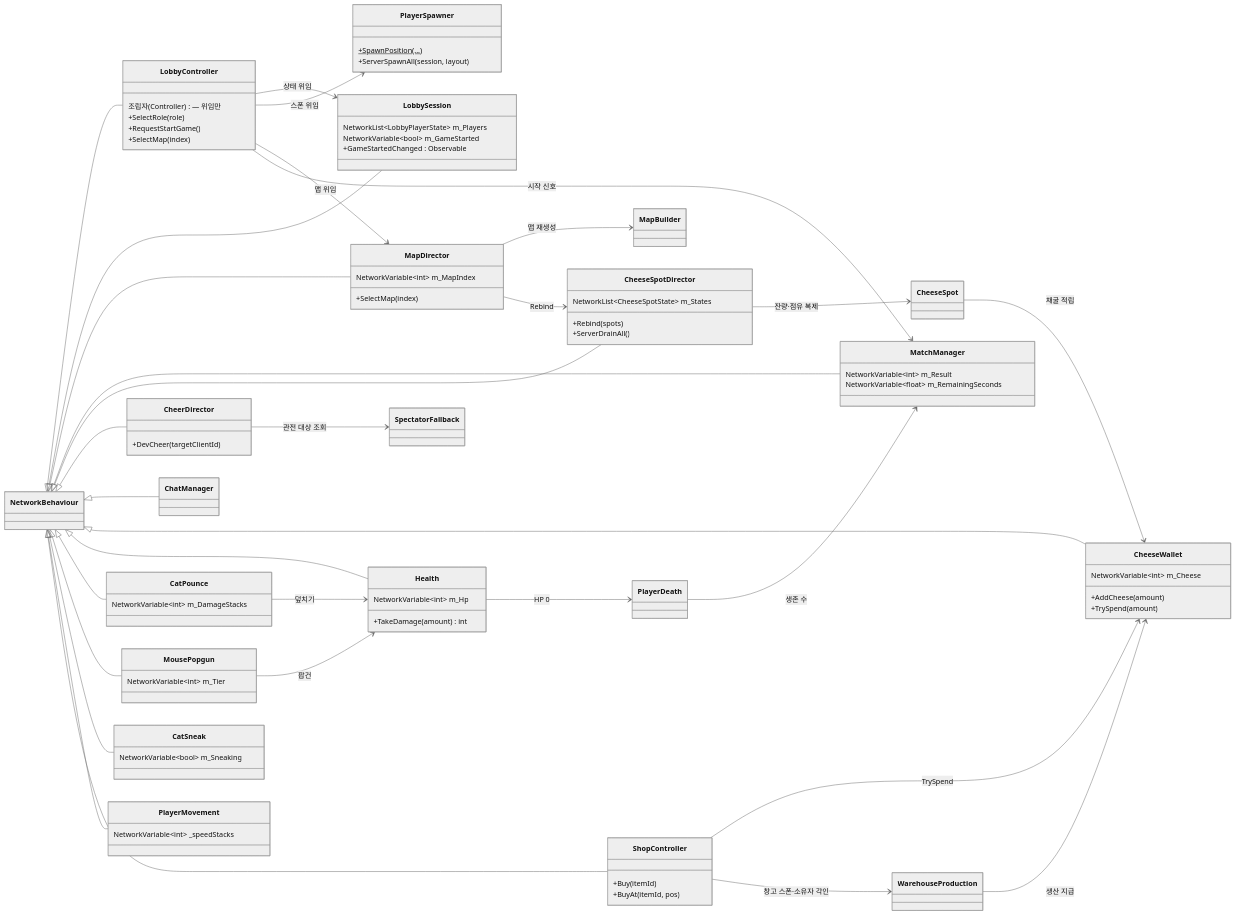
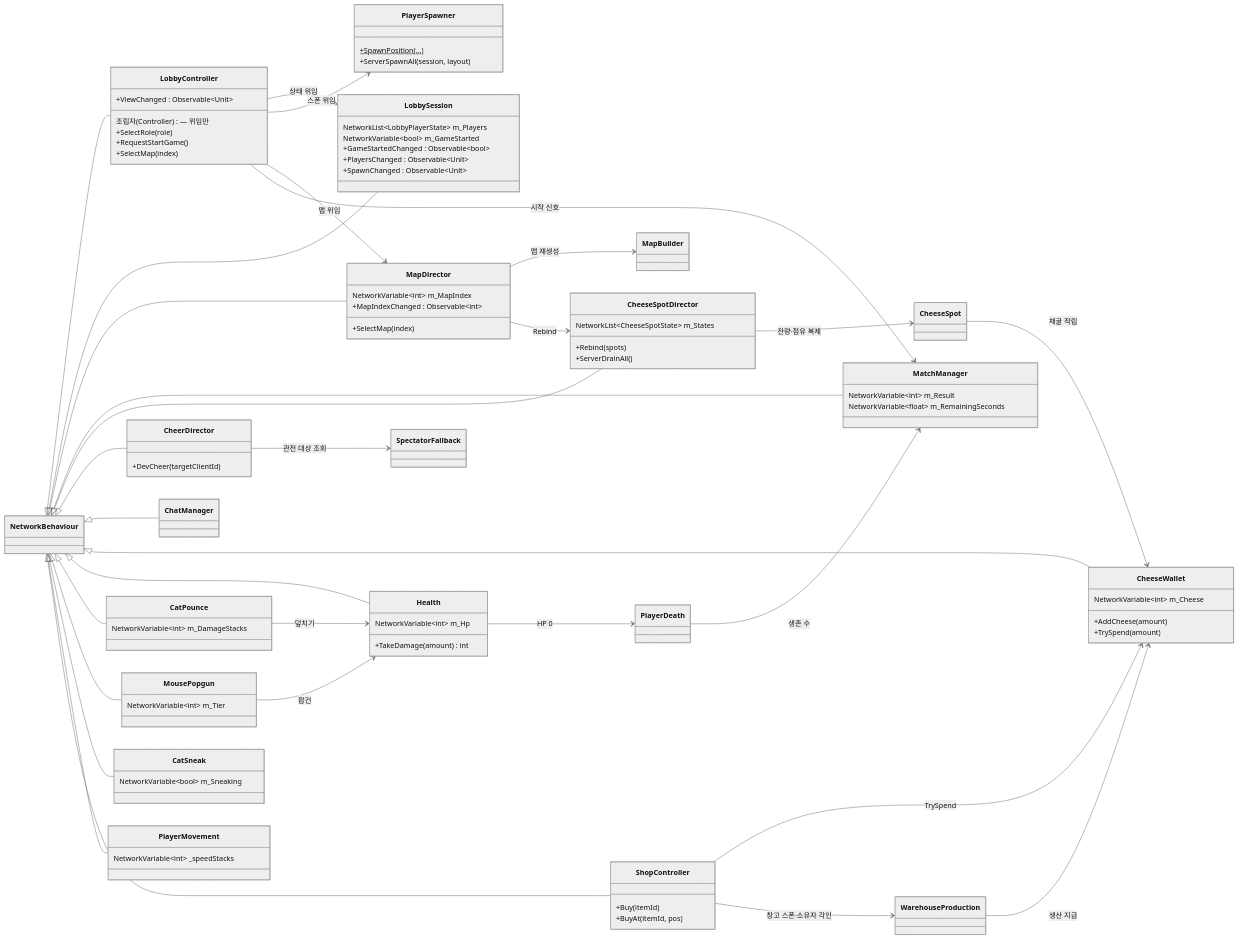
Before and after one commit to JeahanPark/The-Cheese-Thief-and-the-Cat: the second of 6 diagrams in CTC/docs/design-vault/코드 다이어그램.md, drawn with Mermaid (neutral theme). The commit also changed other lines of this file and 6 other files, not shown here.

```diff
--- a/CTC/docs/design-vault/코드 다이어그램.md
+++ b/CTC/docs/design-vault/코드 다이어그램.md
@@ -59,11 +66,14 @@
         +SelectRole(role)
         +RequestStartGame()
         +SelectMap(index)
+        +ViewChanged : Observable~Unit~
     }
     class LobbySession {
         NetworkList~LobbyPlayerState~ m_Players
         NetworkVariable~bool~ m_GameStarted
-        +GameStartedChanged : Observable
+        +GameStartedChanged : Observable~bool~
+        +PlayersChanged : Observable~Unit~
+        +SpawnChanged : Observable~Unit~
     }
     class PlayerSpawner {
         +SpawnPosition(...)$
@@ -72,6 +82,7 @@
     class MapDirector {
         NetworkVariable~int~ m_MapIndex
         +SelectMap(index)
+        +MapIndexChanged : Observable~int~
     }
     class MatchManager {
         NetworkVariable~int~ m_Result
```
